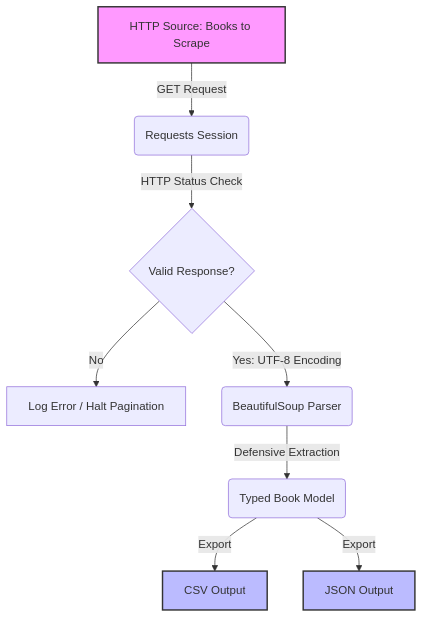
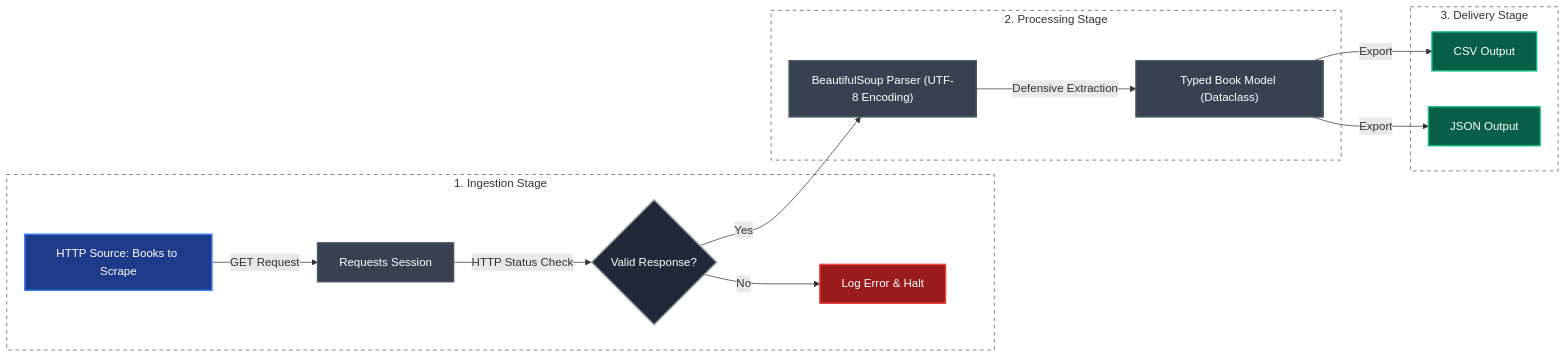
The diagram in README.md (moura07/enterprise-web-scraper), drawn with Mermaid before and after one commit. The commit also changed other lines of this file, not shown here.

Commit message:
docs: refactor README.md to remove emojis from headers and modernize the architecture diagram Mermaid syntax

````diff
--- a/README.md
+++ b/README.md
@@ -38,14 +38,46 @@
 ```mermaid
-graph TD
-    A[HTTP Source: Books to Scrape] -->|GET Request| B(Requests Session)
-    B -->|HTTP Status Check| C{Valid Response?}
-    C -->|No| D[Log Error / Halt Pagination]
-    C -->|Yes: UTF-8 Encoding| E(BeautifulSoup Parser)
-    E -->|Defensive Extraction| F(Typed Book Model)
-    F -->|Export| G[CSV Output]
-    F -->|Export| H[JSON Output]
+graph LR
+    subgraph Ingestion ["1. Ingestion Stage"]
+        A["HTTP Source: Books to Scrape"]
+        B["Requests Session"]
+        C{"Valid Response?"}
+        D["Log Error & Halt"]
+    end
 
-    style A fill:#f9f,stroke:#333,stroke-width:2px
-    style G fill:#bbf,stroke:#333,stroke-width:2px
-    style H fill:#bbf,stroke:#333,stroke-width:2px
+    subgraph Processing ["2. Processing Stage"]
+        E["BeautifulSoup Parser (UTF-8 Encoding)"]
+        F["Typed Book Model (Dataclass)"]
+    end
+
+    subgraph Delivery ["3. Delivery Stage"]
+        G["CSV Output"]
+        H["JSON Output"]
+    end
+
+    %% Flow / Connections
+    A -->|GET Request| B
+    B -->|HTTP Status Check| C
+    C -->|No| D
+    C -->|Yes| E
+    E -->|Defensive Extraction| F
+    F -->|Export| G
+    F -->|Export| H
+
+    %% Node Styling (High Contrast & Modern Palette)
+    classDef source fill:#1e3a8a,stroke:#3b82f6,stroke-width:2px,color:#ffffff;
+    classDef process fill:#374151,stroke:#4b5563,stroke-width:2px,color:#ffffff;
+    classDef decision fill:#1f2937,stroke:#9ca3af,stroke-width:2px,color:#ffffff;
+    classDef error fill:#991b1b,stroke:#ef4444,stroke-width:2px,color:#ffffff;
+    classDef output fill:#065f46,stroke:#10b981,stroke-width:2px,color:#ffffff;
+
+    class A source;
+    class B,E,F process;
+    class C decision;
+    class D error;
+    class G,H output;
+
+    %% Subgraph Styling (Subtle & Dark-Theme Friendly)
+    style Ingestion fill:none,stroke:#4b5563,stroke-width:1px,stroke-dasharray: 5 5;
+    style Processing fill:none,stroke:#4b5563,stroke-width:1px,stroke-dasharray: 5 5;
+    style Delivery fill:none,stroke:#4b5563,stroke-width:1px,stroke-dasharray: 5 5;
 ```
````
